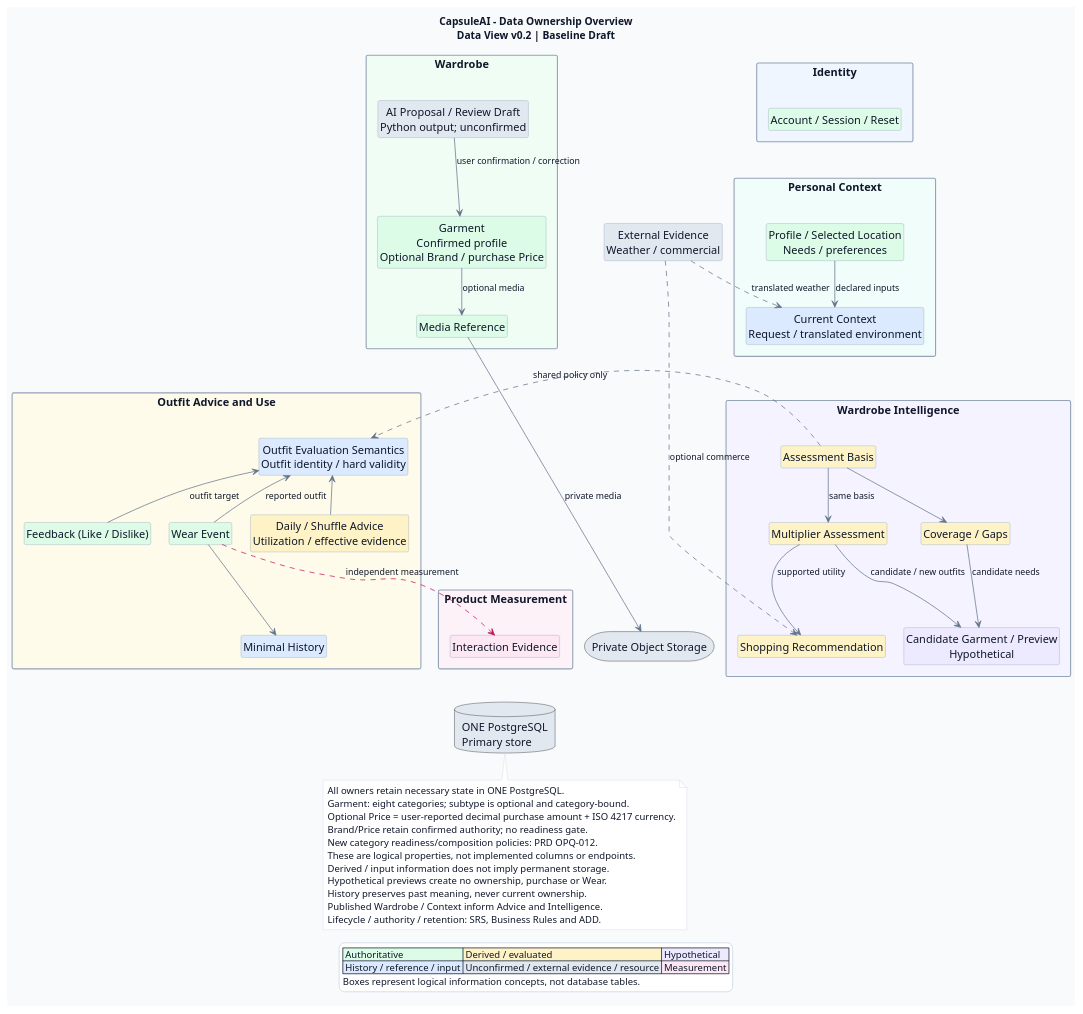
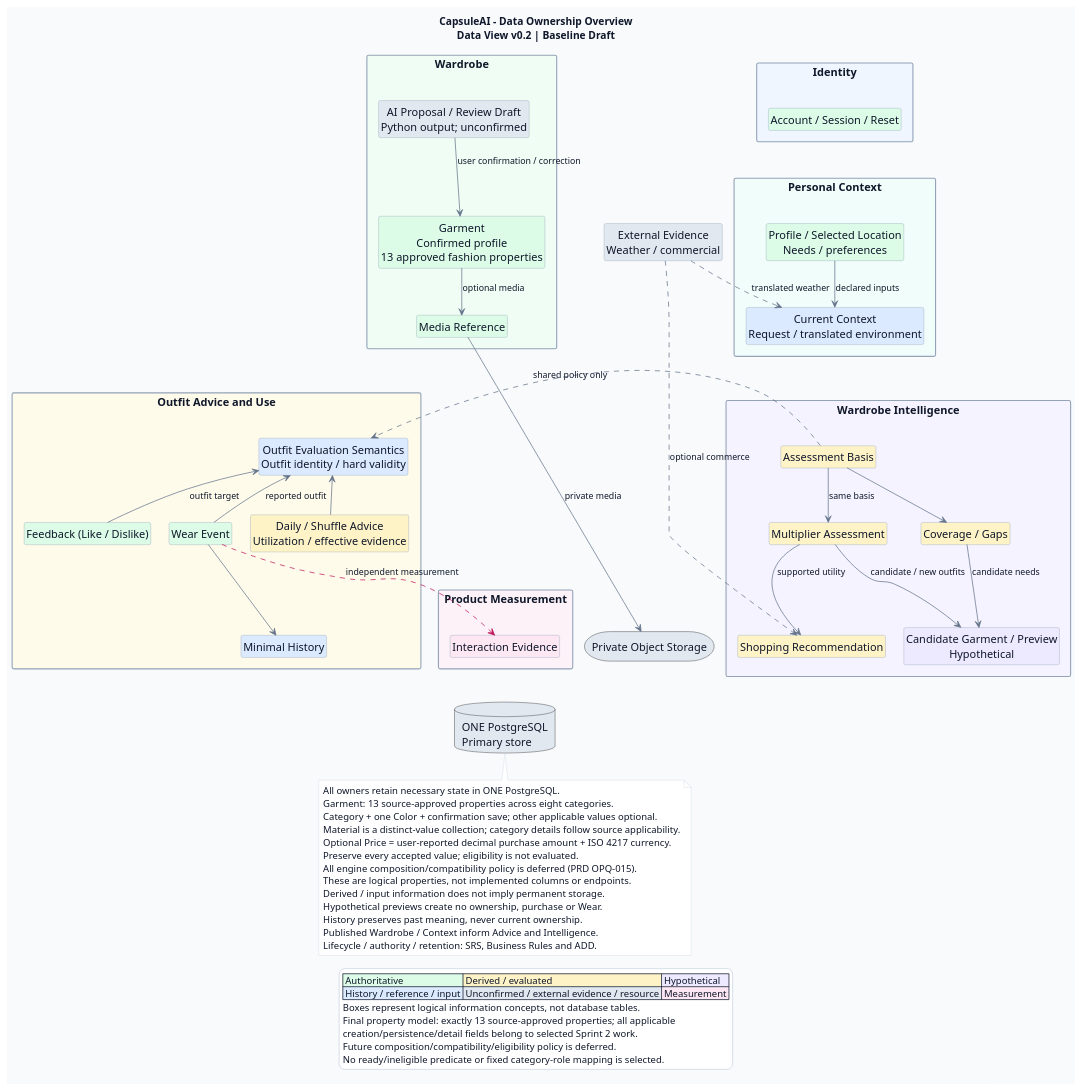
Before and after one commit to luubinhdeptrai/CapsuleAI: the diagram in docs/04-architecture/views/data-view.puml, drawn with PlantUML. The commit also changed 48 other files, not shown here.

Commit message:
remove redundant properties of garment

```diff
--- a/docs/04-architecture/views/data-view.puml
+++ b/docs/04-architecture/views/data-view.puml
@@ -1,147 +1,155 @@
 @startuml
+' Product update 2026-11-05: Initial files/Image to Properties Extraction.md is property authority.
+' No owner/boundary/deployment selection changes; eligibility policy is deferred.
 ' Artifact: CapsuleAI Data View
 ' Version: 0.2; Status: Baseline Draft; Product-property synchronization: 2026-11-05.
 ' Purpose: Simple logical data ownership overview; concepts are NOT physical tables.
 ' Primary Sources: SRS v0.4; Business Rules v0.2; ADD v0.1.4;
 ' Selected Architecture Decisions v0.1.5 (ADA-001-018 unchanged);
 ' accepted Logical, Implementation and Deployment Views v0.1.
 ' Process: Initial files/CapsuleAI_Scrum_Development_Workflow.md, Sections 4.3/24/40/42/46.
 ' Scope: ownership, major information relationships and conceptual stores; no schema/API design.
 '
 ' Grouped labels summarize related concepts, not merged entities or policies:
 ' Identity retains distinct account/session/reset authority (ADD 9.1; SRS 3.1.1).
 ' Profile includes declared needs/preferences and selected location; request/environment inputs
 ' remain distinct (SRS 3.2/3.3; Logical View's Personal Context and UC-006 authority).
-' Garment includes its confirmed profile; readiness remains derived Wardrobe policy, not ownership
+' Garment includes its confirmed profile; eligibility is not evaluated and is separate from ownership
 ' or a second garment (DATA-GAR-001-005; BRULE-GAR-001-003; ADD 9.5).
 ' Advice and utilization/effective evidence are separate derived meanings under the same owner
 ' (SRS 3.7-3.13; ADD 9.2/9.7); Feedback never implies Wear.
 ' Outfit/Evaluation groups representation and owner-controlled published policy; Intelligence's
 ' reference consumes ONLY the policy, never a private Outfit entity or Daily's displayed subset.
 ' Assessment Basis governs complete same-basis Coverage/Multiplier meaning and hypothetical
 ' previews; five result states and incremental unique-set utility remain in ADD 9.7 / DATA-ANL-004.
 ' Coverage/Gaps remain distinct contextual assessments/capability needs; Candidate/Preview remain
 ' distinct hypothetical meanings (BRULE-COV/GAP/MULT); Shopping retains optional qualified commerce.
 ' Weather/commercial evidence denotes separate sources, not one provider; each owner translates it.
 ' Accepted media associations, minimal history, logical-action outcomes and required resumable
 ' work remain owner-held in ONE PostgreSQL (ADD 8.4/9.2/9.3/9.9; accepted views).
 ' Measurement retains its own work and optional unlinked aggregates (FR-MET-001-007/DATA-RET-003);
 ' its representative fact arrow does not transfer business authority or erase other measured facts.
 ' Detailed lifecycle, authorization, correction/retry/time and source-freshness rules stay in
 ' SRS / Business Rules / ADD; this refactor removes no rule from those authoritative homes.
 ' Draft/evidence/result persistence, physical references/transactions and cleanup realization remain
 ' unresolved detailed design (ADD 9.2-9.9); no shared action/work entity or new decision is selected.
 ' Next: Test Strategy -> Engineering Baseline; Story JIT design follows Sprint selection.
 
 title CapsuleAI - Data Ownership Overview\nData View v0.2 | Baseline Draft
 allowmixing
 top to bottom direction
 hide empty members
 hide circle
 skinparam backgroundColor #F8FAFC
 skinparam shadowing false
 skinparam packageStyle rectangle
 skinparam defaultFontSize 15
 skinparam ArrowFontSize 12
 skinparam defaultFontColor #0F172A
 skinparam ArrowColor #64748B
 skinparam nodesep 25
 skinparam ranksep 35
 skinparam classBorderColor #94A3B8
 skinparam packageBorderColor #94A3B8
 skinparam noteBackgroundColor #FFFFFF
 skinparam noteBorderColor #CBD5E1
 skinparam noteFontSize 13
 skinparam legendBackgroundColor #FFFFFF
 skinparam legendBorderColor #CBD5E1
 skinparam legendFontSize 13
 
 package "Identity" as Identity #EFF6FF {
     class "Account / Session / Reset" as Access #DCFCE7
 }
 
 package "Personal Context" as Context #F0FDFA {
     class "Profile / Selected Location\nNeeds / preferences" as Profile #DCFCE7
     class "Current Context\nRequest / translated environment" as CurrentContext #DBEAFE
     Profile --> CurrentContext : declared inputs
 }
 
 package "Wardrobe" as Wardrobe #F0FDF4 {
-    class "Garment\nConfirmed profile\nOptional Brand / purchase Price" as Garment #DCFCE7
+    class "Garment\nConfirmed profile\n13 approved fashion properties" as Garment #DCFCE7
     class "AI Proposal / Review Draft\nPython output; unconfirmed" as Draft #E2E8F0
     class "Media Reference" as MediaReference #DCFCE7
     Draft --> Garment : user confirmation / correction
     Garment --> MediaReference : optional media
 }
 
 package "Outfit Advice and Use" as Outfits #FFFBEB {
     class "Outfit Evaluation Semantics\nOutfit identity / hard validity" as Evaluation #DBEAFE
     class "Daily / Shuffle Advice\nUtilization / effective evidence" as Advice #FEF3C7
     class "Feedback (Like / Dislike)" as Feedback #DCFCE7
     class "Wear Event" as Wear #DCFCE7
     class "Minimal History" as History #DBEAFE
     Advice -up-> Evaluation
     Feedback -up-> Evaluation : outfit target
     Wear -up-> Evaluation : reported outfit
     Wear -down-> History
     Feedback -[hidden]right-> Wear
 }
 
 package "Wardrobe Intelligence" as Intelligence #F5F3FF {
     class "Assessment Basis" as Basis #FEF3C7
     class "Coverage / Gaps" as Coverage #FEF3C7
     class "Candidate Garment / Preview\nHypothetical" as Hypothetical #EDE9FE
     class "Multiplier Assessment" as Multiplier #FEF3C7
     class "Shopping Recommendation" as Shopping #FEF3C7
     Basis -down-> Coverage
     Basis -down-> Multiplier : same basis
     Coverage -down-> Hypothetical : candidate needs
     Multiplier -down-> Hypothetical : candidate / new outfits
     Multiplier -down-> Shopping : supported utility
 }
 
 package "Product Measurement" as Measurement #FDF2F8 {
     class "Interaction Evidence" as Evidence #FCE7F3
 }
 
 class "External Evidence\nWeather / commercial" as ExternalEvidence #E2E8F0
 database "ONE PostgreSQL\nPrimary store" as DB #E2E8F0
 storage "Private Object Storage" as Media #E2E8F0
 
 ' Arrows show conceptual meaning, not runtime calls, SQL joins or execution order.
 ' Cross-owner arrows reference published identities/values/policy, not private entities or writes.
 Basis -[dashed]right-> Evaluation : shared policy only
 ExternalEvidence -[dashed]-> CurrentContext : translated weather
 ExternalEvidence -[dashed]-> Shopping : optional commerce
 Wear ..[#BE185D]> Evidence : independent measurement
 MediaReference --> Media : private media
 
 ' Layout aids only; they introduce no information or ownership relationship.
 Access -[hidden]down-> Profile
 CurrentContext -[hidden]down-> Basis
 MediaReference -[hidden]down-> Evaluation
 History -[hidden]down-> DB
 Evidence -[hidden]down-> DB
 Media -[hidden]down-> DB
 
 note as Boundaries
   All owners retain necessary state in ONE PostgreSQL.
-  Garment: eight categories; subtype is optional and category-bound.
+  Garment: 13 source-approved properties across eight categories.
+  Category + one Color + confirmation save; other applicable values optional.
+  Material is a distinct-value collection; category details follow source applicability.
   Optional Price = user-reported decimal purchase amount + ISO 4217 currency.
-  Brand/Price retain confirmed authority; no readiness gate.
-  New category readiness/composition policies: PRD OPQ-012.
+  Preserve every accepted value; eligibility is not evaluated.
+  All engine composition/compatibility policy is deferred (PRD OPQ-015).
   These are logical properties, not implemented columns or endpoints.
   Derived / input information does not imply permanent storage.
   Hypothetical previews create no ownership, purchase or Wear.
   History preserves past meaning, never current ownership.
   Published Wardrobe / Context inform Advice and Intelligence.
   Lifecycle / authority / retention: SRS, Business Rules and ADD.
 end note
 DB -[hidden]down-> Boundaries
 
 legend bottom
   |<#DCFCE7> Authoritative |<#FEF3C7> Derived / evaluated |<#EDE9FE> Hypothetical |
   |<#DBEAFE> History / reference / input |<#E2E8F0> Unconfirmed / external evidence / resource |<#FCE7F3> Measurement |
   Boxes represent logical information concepts, not database tables.
+  Final property model: exactly 13 source-approved properties; all applicable
+  creation/persistence/detail fields belong to selected Sprint 2 work.
+  Future composition/compatibility/eligibility policy is deferred.
+  No ready/ineligible predicate or fixed category-role mapping is selected.
 endlegend
 @enduml
```
